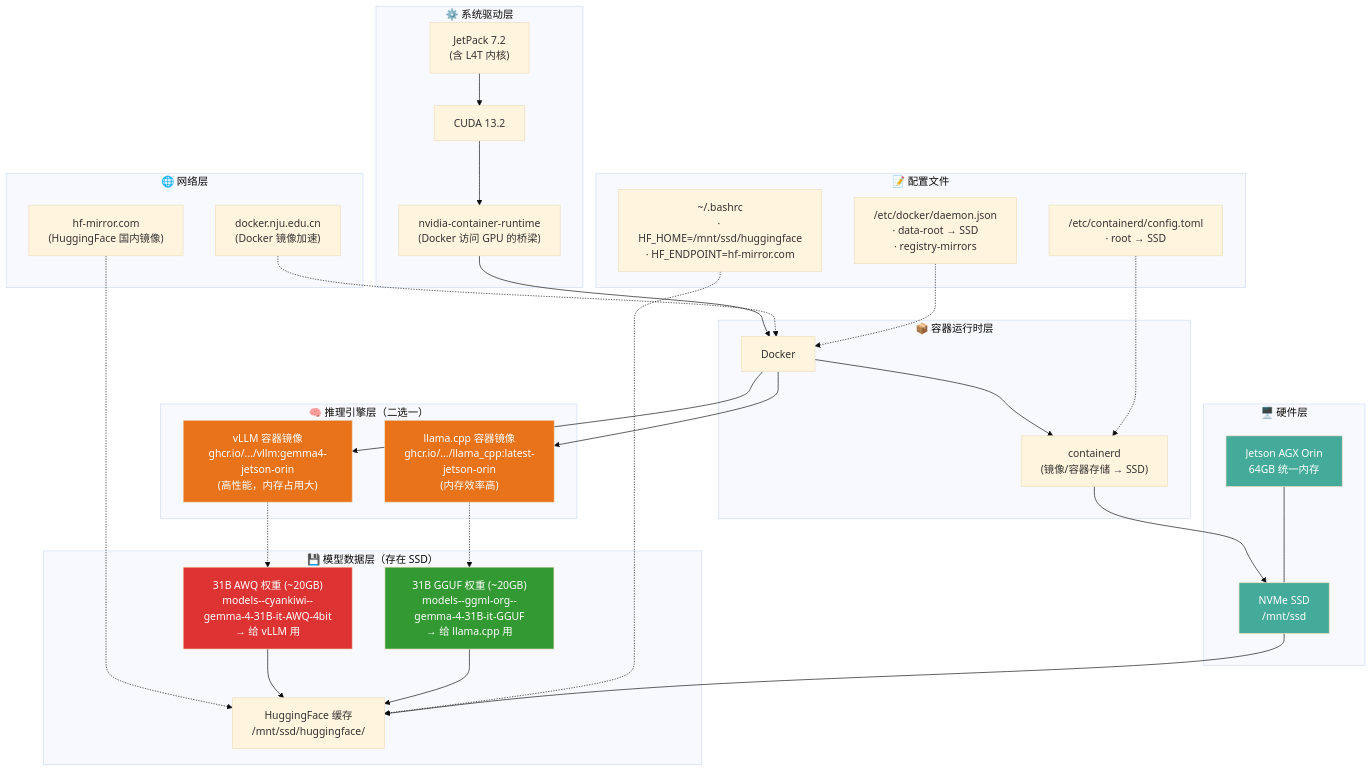
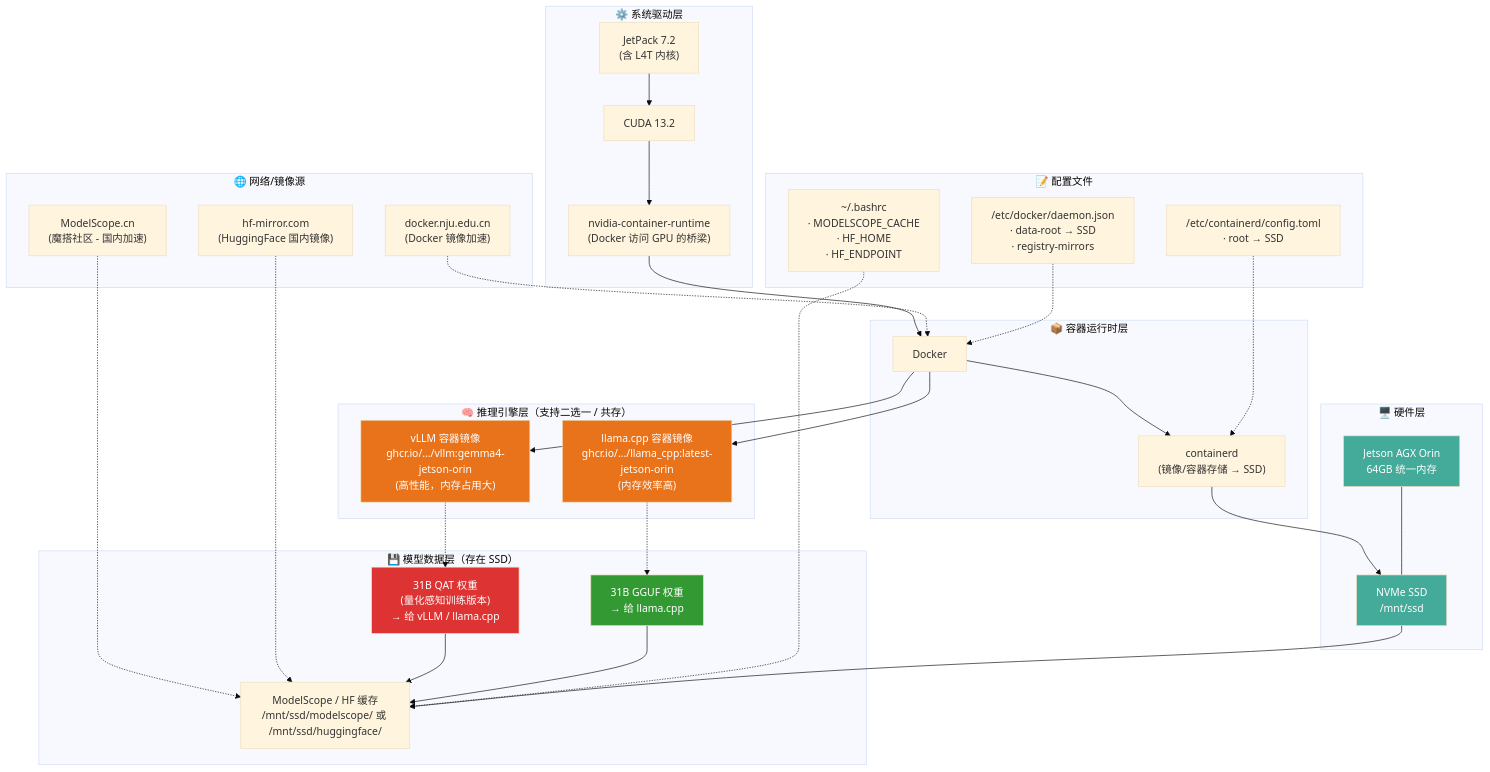
One commit to hxf0223/hxf0223.github.io changed the diagram in _posts/2025-03-01-NVIDIA-Jetson-Orin-AGX-安装.md. Above: the diagram before and after it, drawn with Mermaid (base theme). The commit also changed other lines of this file, not shown here.

````diff
--- a/_posts/2025-03-01-NVIDIA-Jetson-Orin-AGX-安装.md
+++ b/_posts/2025-03-01-NVIDIA-Jetson-Orin-AGX-安装.md
@@ -331,72 +352,74 @@
 ```mermaid
 flowchart TB
     subgraph 硬件层["🖥️ 硬件层"]
         GPU["Jetson AGX Orin\n64GB 统一内存"]
         SSD["NVMe SSD\n/mnt/ssd"]
     end
 
     subgraph 系统驱动层["⚙️ 系统驱动层"]
         JetPack["JetPack 7.2\n(含 L4T 内核)"]
         CUDA["CUDA 13.2"]
         NVIDIA-RT["nvidia-container-runtime\n(Docker 访问 GPU 的桥梁)"]
     end
 
     subgraph 容器运行时层["📦 容器运行时层"]
         Docker["Docker"]
         Containerd["containerd\n(镜像/容器存储 → SSD)"]
     end
 
-    subgraph 推理引擎层["🧠 推理引擎层（二选一）"]
+    subgraph 推理引擎层["🧠 推理引擎层（支持二选一 / 共存）"]
         vLLM["vLLM 容器镜像\nghcr.io/.../vllm:gemma4-jetson-orin\n(高性能，内存占用大)"]
         llamaCPP["llama.cpp 容器镜像\nghcr.io/.../llama_cpp:latest-jetson-orin\n(内存效率高)"]
     end
 
     subgraph 模型数据层["💾 模型数据层（存在 SSD）"]
-        HF-Cache["HuggingFace 缓存\n/mnt/ssd/huggingface/"]
-        AWQ-WT["31B AWQ 权重 (~20GB)\nmodels--cyankiwi--gemma-4-31B-it-AWQ-4bit\n→ 给 vLLM 用"]
-        GGUF-WT["31B GGUF 权重 (~20GB)\nmodels--ggml-org--gemma-4-31B-it-GGUF\n→ 给 llama.cpp 用"]
+        MS-Cache["ModelScope / HF 缓存\n/mnt/ssd/modelscope/ 或 /mnt/ssd/huggingface/"]
+        QAT-WT["31B QAT 权重\n(量化感知训练版本)\n→ 给 vLLM / llama.cpp"]
+        GGUF-WT["31B GGUF 权重\n→ 给 llama.cpp"]
     end
 
-    subgraph 网络层["🌐 网络层"]
+    subgraph 网络源["🌐 网络/镜像源"]
+        ModelScope-Site["ModelScope.cn\n(魔搭社区 - 国内加速)"]
         HF-Mirror["hf-mirror.com\n(HuggingFace 国内镜像)"]
         Docker-Mirror["docker.nju.edu.cn\n(Docker 镜像加速)"]
     end
 
     subgraph 配置文件["📝 配置文件"]
         DaemonJSON["/etc/docker/daemon.json\n· data-root → SSD\n· registry-mirrors"]
         ContainerdTOML["/etc/containerd/config.toml\n· root → SSD"]
-        BashRC["~/.bashrc\n· HF_HOME=/mnt/ssd/huggingface\n· HF_ENDPOINT=hf-mirror.com"]
+        BashRC["~/.bashrc\n· MODELSCOPE_CACHE\n· HF_HOME\n· HF_ENDPOINT"]
     end
 
     JetPack --> CUDA
     CUDA --> NVIDIA-RT
     NVIDIA-RT --> Docker
 
     Docker --> Containerd
     Containerd --> SSD
     Docker --> vLLM
     Docker --> llamaCPP
 
     Docker-Mirror -.-> Docker
-    HF-Mirror -.-> HF-Cache
+    ModelScope-Site -.-> MS-Cache
+    HF-Mirror -.-> MS-Cache
 
-    vLLM -.-> AWQ-WT
+    vLLM -.-> QAT-WT
     llamaCPP -.-> GGUF-WT
 
-    AWQ-WT --> HF-Cache
-    GGUF-WT --> HF-Cache
+    QAT-WT --> MS-Cache
+    GGUF-WT --> MS-Cache
 
     DaemonJSON -.-> Docker
     ContainerdTOML -.-> Containerd
-    BashRC -.-> HF-Cache
+    BashRC -.-> MS-Cache
 
-    SSD --> HF-Cache
+    SSD --> MS-Cache
     GPU --- SSD
 
     style GPU fill:#4a9,color:#fff
     style SSD fill:#4a9,color:#fff
     style vLLM fill:#e8731a,color:#fff
     style llamaCPP fill:#e8731a,color:#fff
-    style AWQ-WT fill:#d33,color:#fff
+    style QAT-WT fill:#d33,color:#fff
     style GGUF-WT fill:#393,color:#fff
 ```
````
